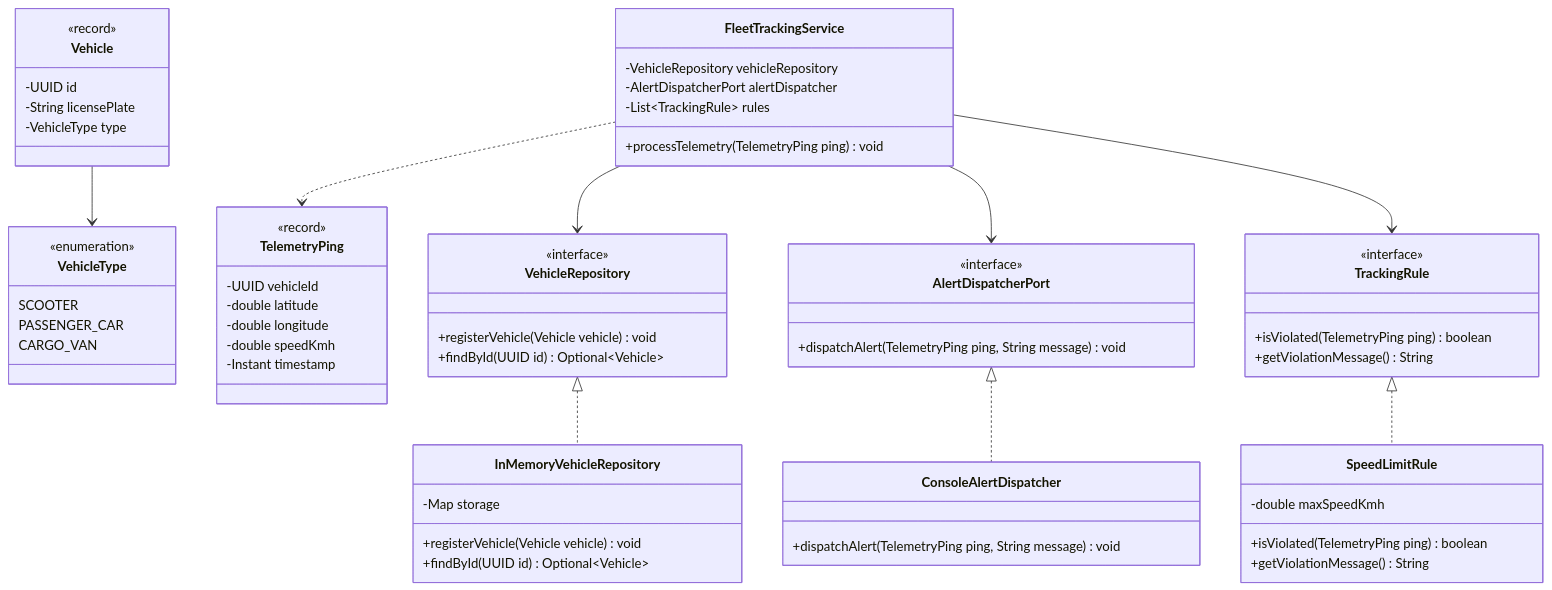
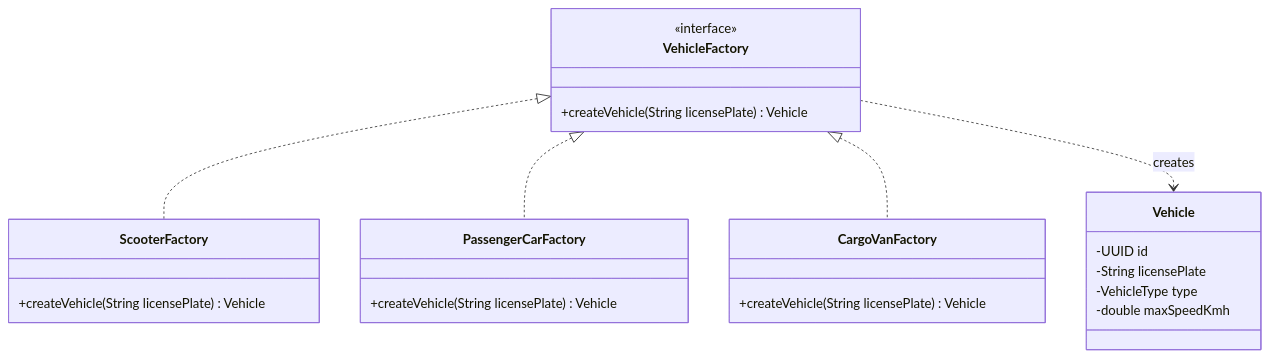
Before and after one commit to aurelian-th/tmps: the first of 5 diagrams in Reports/Lab 1.md, drawn with Mermaid. The commit also changed other lines of this file and 36 other files, not shown here.

````diff
--- a/Reports/Lab 1.md
+++ b/Reports/Lab 1.md
@@ -105,77 +88,33 @@
 ```mermaid
 classDiagram
     direction TB
 
-    class VehicleType {
-        <<enumeration>>
-        SCOOTER
-        PASSENGER_CAR
-        CARGO_VAN
+    class VehicleFactory {
+        <<interface>>
+        +createVehicle(String licensePlate) Vehicle
+    }
+
+    class ScooterFactory {
+        +createVehicle(String licensePlate) Vehicle
+    }
+
+    class PassengerCarFactory {
+        +createVehicle(String licensePlate) Vehicle
+    }
+
+    class CargoVanFactory {
+        +createVehicle(String licensePlate) Vehicle
     }
 
     class Vehicle {
-        <<record>>
         -UUID id
         -String licensePlate
         -VehicleType type
+        -double maxSpeedKmh
     }
 
-    class TelemetryPing {
-        <<record>>
-        -UUID vehicleId
-        -double latitude
-        -double longitude
-        -double speedKmh
-        -Instant timestamp
-    }
-
-    class TrackingRule {
-        <<interface>>
-        +isViolated(TelemetryPing ping) boolean
-        +getViolationMessage() String
-    }
-
-    class SpeedLimitRule {
-        -double maxSpeedKmh
-        +isViolated(TelemetryPing ping) boolean
-        +getViolationMessage() String
-    }
-
-    class VehicleRepository {
-        <<interface>>
-        +registerVehicle(Vehicle vehicle) void
-        +findById(UUID id) Optional~Vehicle~
-    }
-
-    class InMemoryVehicleRepository {
-        -Map storage
-        +registerVehicle(Vehicle vehicle) void
-        +findById(UUID id) Optional~Vehicle~
-    }
-
-    class AlertDispatcherPort {
-        <<interface>>
-        +dispatchAlert(TelemetryPing ping, String message) void
-    }
-
-    class ConsoleAlertDispatcher {
-        +dispatchAlert(TelemetryPing ping, String message) void
-    }
-
-    class FleetTrackingService {
-        -VehicleRepository vehicleRepository
-        -AlertDispatcherPort alertDispatcher
-        -List~TrackingRule~ rules
-        +processTelemetry(TelemetryPing ping) void
-    }
-
-    TrackingRule <|.. SpeedLimitRule
-    VehicleRepository <|.. InMemoryVehicleRepository
-    AlertDispatcherPort <|.. ConsoleAlertDispatcher
-
-    Vehicle --> VehicleType
-    FleetTrackingService --> VehicleRepository
-    FleetTrackingService --> AlertDispatcherPort
-    FleetTrackingService --> TrackingRule
-    FleetTrackingService ..> TelemetryPing
+    VehicleFactory <|.. ScooterFactory
+    VehicleFactory <|.. PassengerCarFactory
+    VehicleFactory <|.. CargoVanFactory
+    VehicleFactory ..> Vehicle : creates
 ```
````
